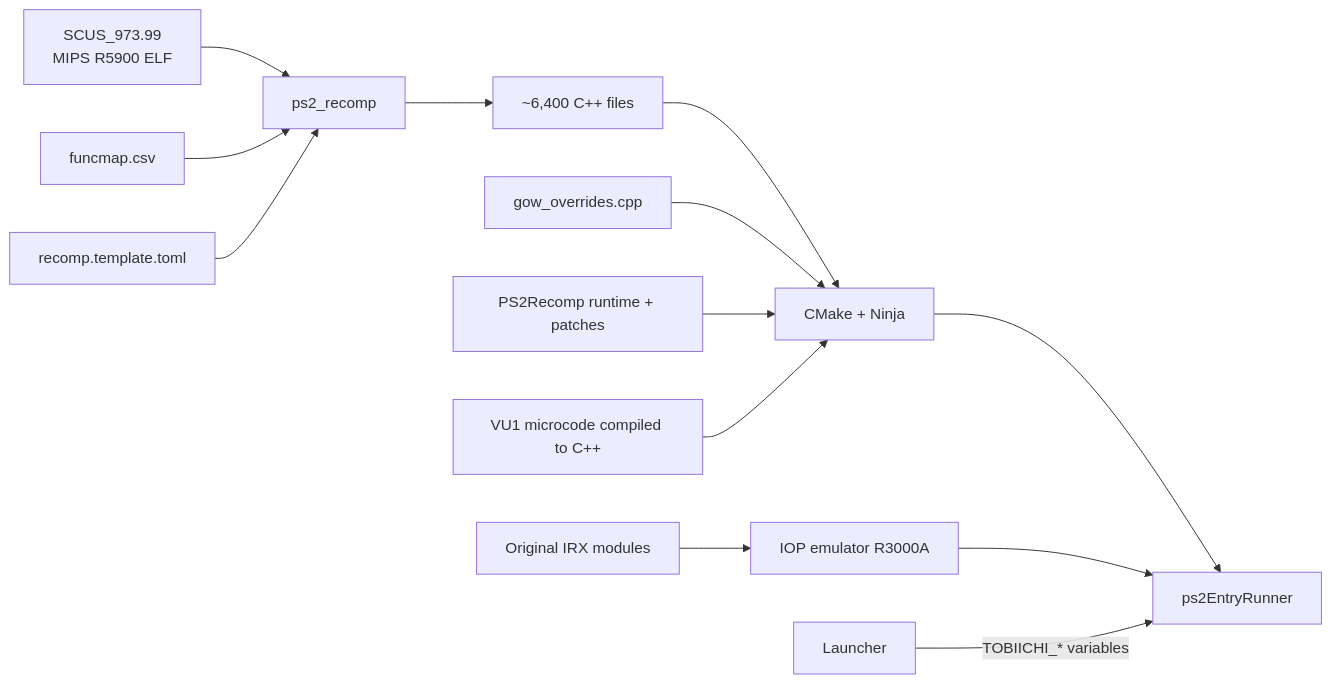
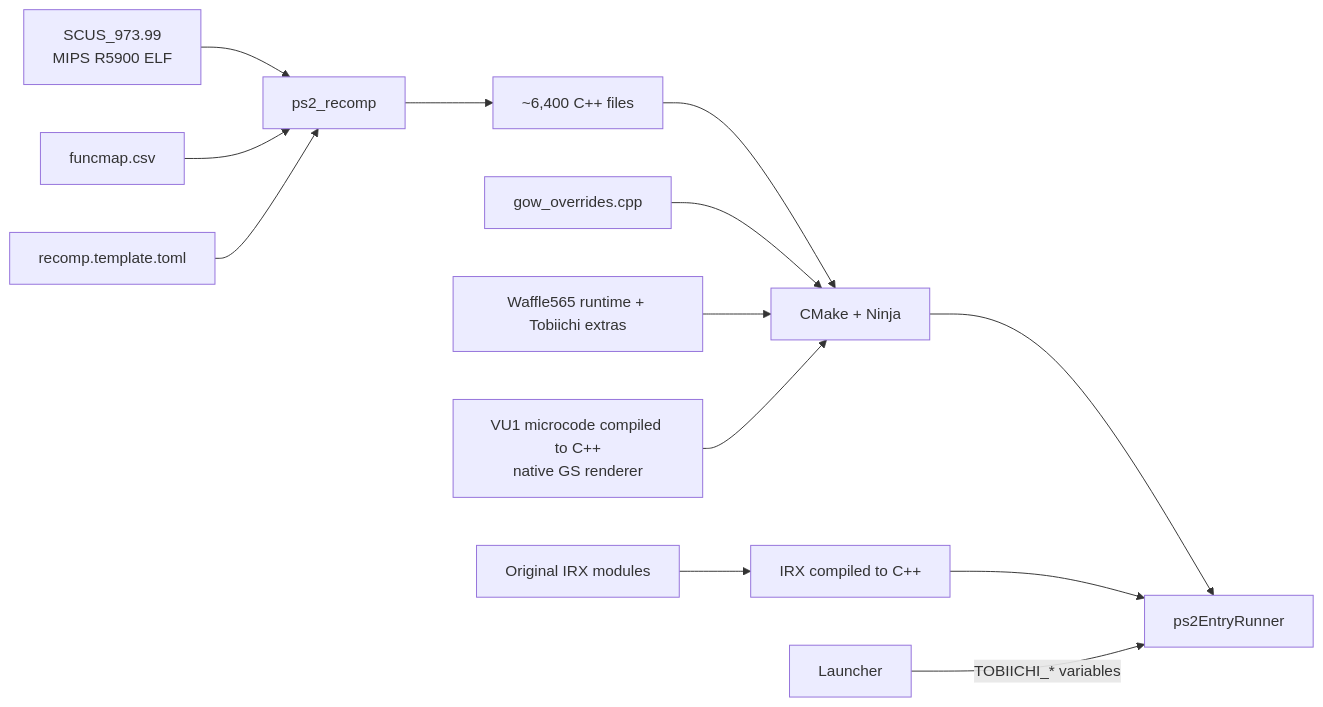
One commit to YYOzcan/Tobiichi-Port changed the diagram in README.md. Above: the diagram before and after it, drawn with Mermaid. The commit also changed other lines of this file and 11 other files, not shown here.

````diff
--- a/README.md
+++ b/README.md
@@ -158,15 +138,15 @@
 ```mermaid
 flowchart LR
     A[SCUS_973.99<br/>MIPS R5900 ELF] --> B[ps2_recomp]
     M[funcmap.csv] --> B
     C[recomp.template.toml] --> B
     B --> D[~6,400 C++ files]
     D --> E[CMake + Ninja]
     O[gow_overrides.cpp] --> E
-    P[PS2Recomp runtime + patches] --> E
-    V[VU1 microcode compiled to C++] --> E
+    P[Waffle565 runtime + Tobiichi extras] --> E
+    V[VU1 microcode compiled to C++<br/>native GS renderer] --> E
     E --> F[ps2EntryRunner]
-    I[Original IRX modules] --> G[IOP emulator R3000A]
+    I[Original IRX modules] --> G[IRX compiled to C++]
     G --> F
     L[Launcher] -->|TOBIICHI_* variables| F
 ```
````
